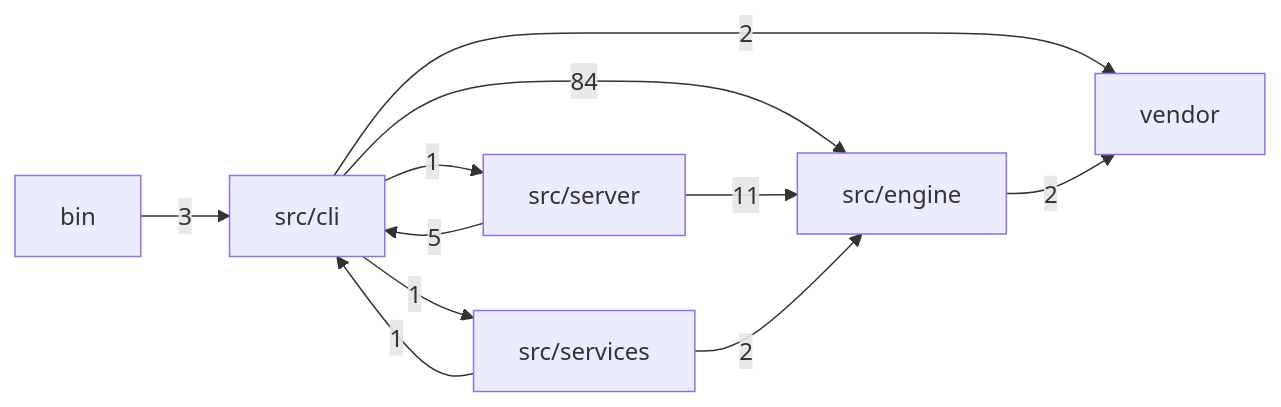
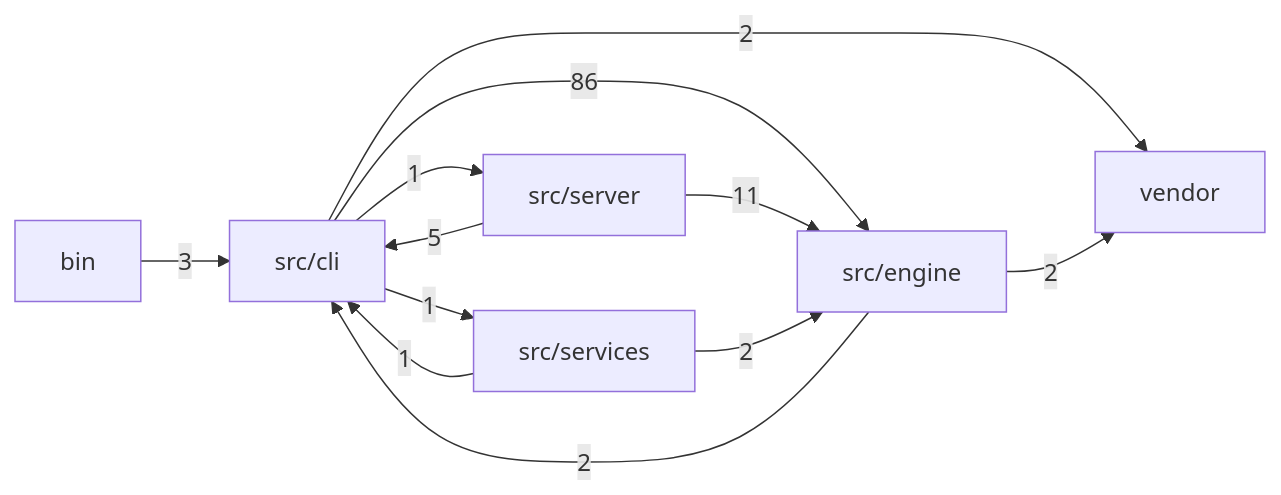
Before and after one commit to mgillr/memev: the first of 2 diagrams in docs/MODULES.md, drawn with Mermaid. The commit also changed other lines of this file and 15 other files, not shown here.

````diff
--- a/docs/MODULES.md
+++ b/docs/MODULES.md
@@ -11,19 +11,20 @@
 ```mermaid
 flowchart LR
   bin["bin"]
   cli["src/cli"]
   engine["src/engine"]
   server["src/server"]
   services["src/services"]
   vendor["vendor"]
   bin -->|"3"| cli
-  cli -->|"84"| engine
+  cli -->|"86"| engine
   cli -->|"1"| server
   cli -->|"1"| services
   cli -->|"2"| vendor
+  engine -->|"2"| cli
   engine -->|"2"| vendor
   server -->|"5"| cli
   server -->|"11"| engine
   services -->|"1"| cli
   services -->|"2"| engine
 ```
````
